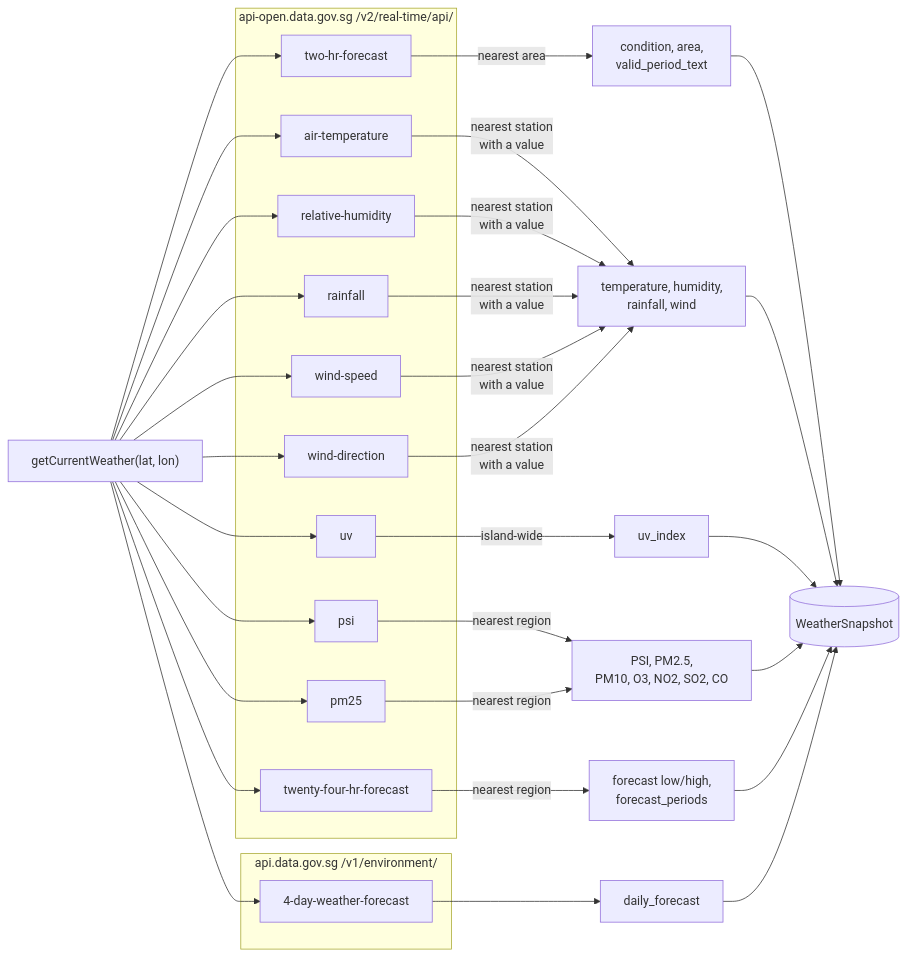
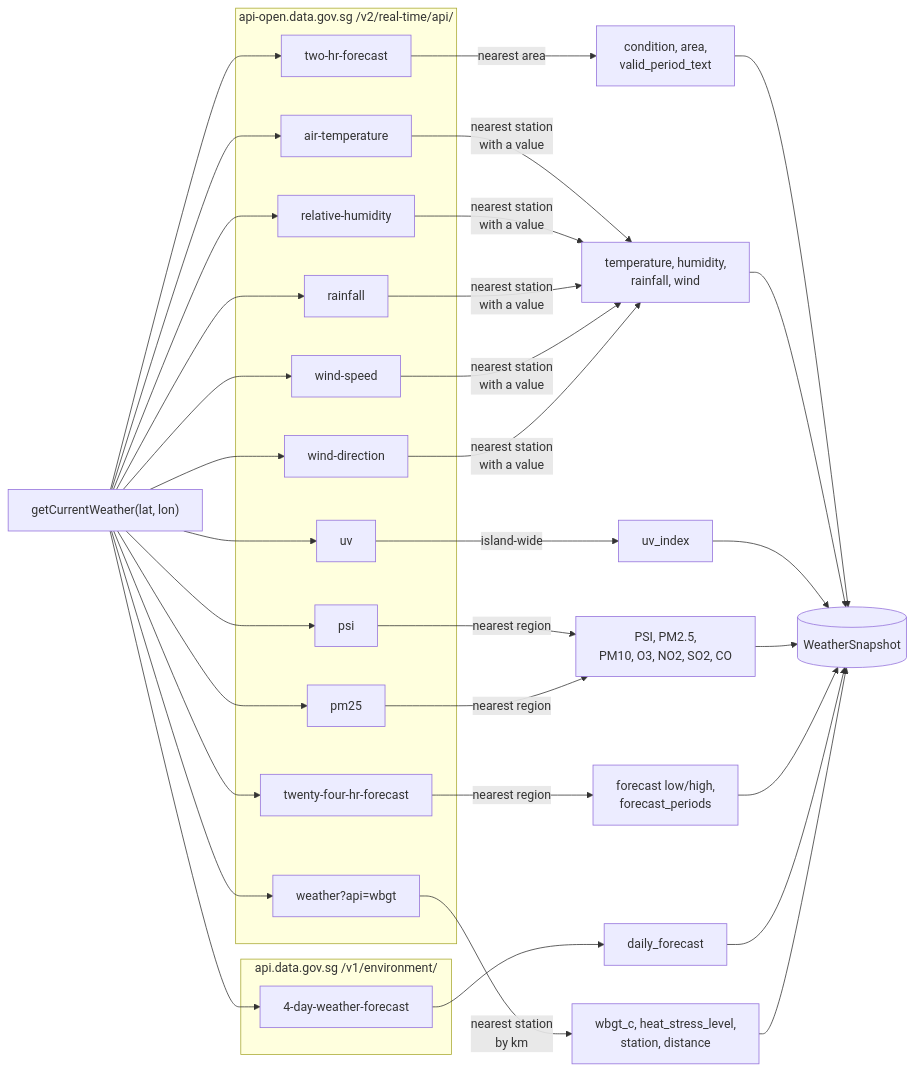
The first of 3 diagrams in docs/src/content/docs/backend/weather-provider.md (chuan77/AIxTech-SG-Weather), drawn with Mermaid before and after one commit. The commit also changed other lines of this file and 42 other files, not shown here.

First line of the commit message:
feat: add NEA WBGT heat-stress tile with paced provider requests

````diff
--- a/docs/src/content/docs/backend/weather-provider.md
+++ b/docs/src/content/docs/backend/weather-provider.md
@@ -20,30 +20,32 @@
 ```mermaid
 flowchart LR
   GCW["getCurrentWeather(lat, lon)"]
 
   subgraph v2["api-open.data.gov.sg /v2/real-time/api/"]
     T2["two-hr-forecast"]
     AT["air-temperature"]
     RH["relative-humidity"]
     RF["rainfall"]
     WS["wind-speed"]
     WD["wind-direction"]
     UV["uv"]
     PSI["psi"]
     PM["pm25"]
     T24["twenty-four-hr-forecast"]
+    WB["weather?api=wbgt"]
   end
 
   subgraph v1["api.data.gov.sg /v1/environment/"]
     D4["4-day-weather-forecast"]
   end
 
   GCW --> T2 -->|"nearest area"| C["condition, area,<br/>valid_period_text"]
   GCW --> AT & RH & RF & WS & WD -->|"nearest station<br/>with a value"| R["temperature, humidity,<br/>rainfall, wind"]
   GCW --> UV -->|"island-wide"| U["uv_index"]
   GCW --> PSI & PM -->|"nearest region"| AQ["PSI, PM2.5,<br/>PM10, O3, NO2, SO2, CO"]
   GCW --> T24 -->|"nearest region"| F24["forecast low/high,<br/>forecast_periods"]
   GCW --> D4 --> F4["daily_forecast"]
+  GCW --> WB -->|"nearest station<br/>by km"| HS["wbgt_c, heat_stress_level,<br/>station, distance"]
 
-  C & R & U & AQ & F24 & F4 --> Snap[("WeatherSnapshot")]
+  C & R & U & AQ & F24 & F4 & HS --> Snap[("WeatherSnapshot")]
 ```
````
